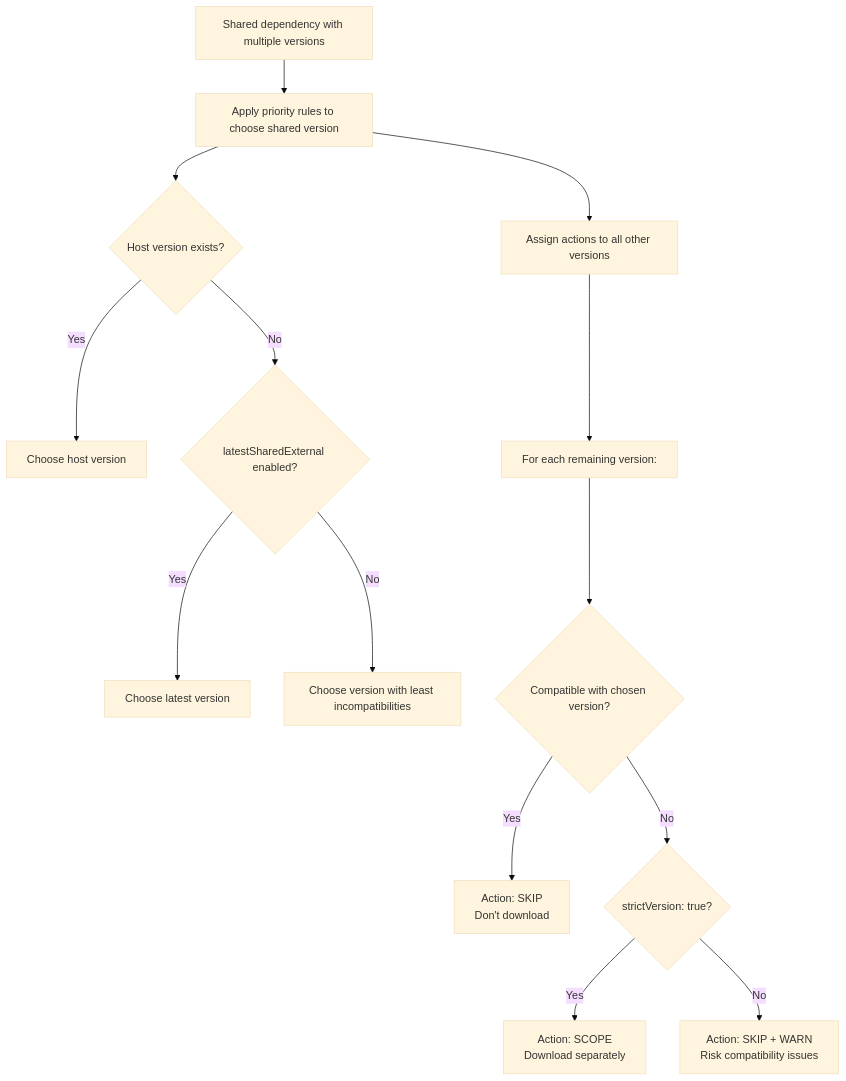
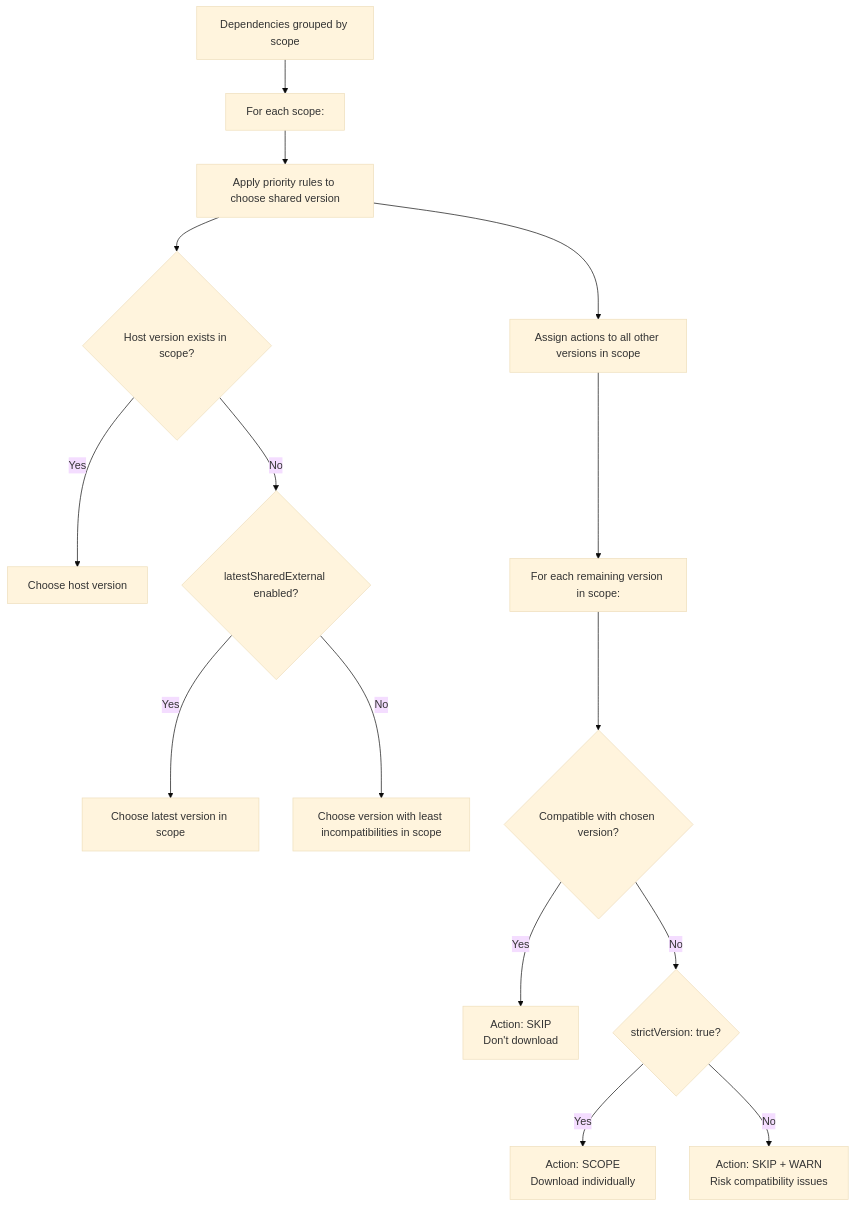
The second of 6 diagrams in docs/version-resolver.md (topicusonderwijs/vanilla-native-federation), drawn with Mermaid (base theme) before and after one commit. The commit also changed other lines of this file and 2 other files, not shown here.

````diff
--- a/docs/version-resolver.md
+++ b/docs/version-resolver.md
@@ -134,18 +200,19 @@
 ```mermaid
 flowchart TD
-    A[Shared dependency with multiple versions] --> B[Apply priority rules to choose shared version]
-    B --> C[Assign actions to all other versions]
+    A[Dependencies grouped by scope] --> B[For each scope:]
+    B --> C[Apply priority rules to choose shared version]
+    C --> D[Assign actions to all other versions in scope]
     
-    B --> B1{Host version exists?}
-    B1 -->|Yes| B2[Choose host version]
-    B1 -->|No| B3{latestSharedExternal enabled?}
-    B3 -->|Yes| B4[Choose latest version]
-    B3 -->|No| B5[Choose version with least incompatibilities]
+    C --> C1{Host version exists in scope?}
+    C1 -->|Yes| C2[Choose host version]
+    C1 -->|No| C3{latestSharedExternal enabled?}
+    C3 -->|Yes| C4[Choose latest version in scope]
+    C3 -->|No| C5[Choose version with least incompatibilities in scope]
     
-    C --> C1[For each remaining version:]
-    C1 --> C2{Compatible with chosen version?}
-    C2 -->|Yes| C3[Action: SKIP<br/>Don't download]
-    C2 -->|No| C4{strictVersion: true?}
-    C4 -->|Yes| C5[Action: SCOPE<br/>Download separately]
-    C4 -->|No| C6[Action: SKIP + WARN<br/>Risk compatibility issues]
+    D --> D1[For each remaining version in scope:]
+    D1 --> D2{Compatible with chosen version?}
+    D2 -->|Yes| D3[Action: SKIP<br/>Don't download]
+    D2 -->|No| D4{strictVersion: true?}
+    D4 -->|Yes| D5[Action: SCOPE<br/>Download individually]
+    D4 -->|No| D6[Action: SKIP + WARN<br/>Risk compatibility issues]
 ```
````
